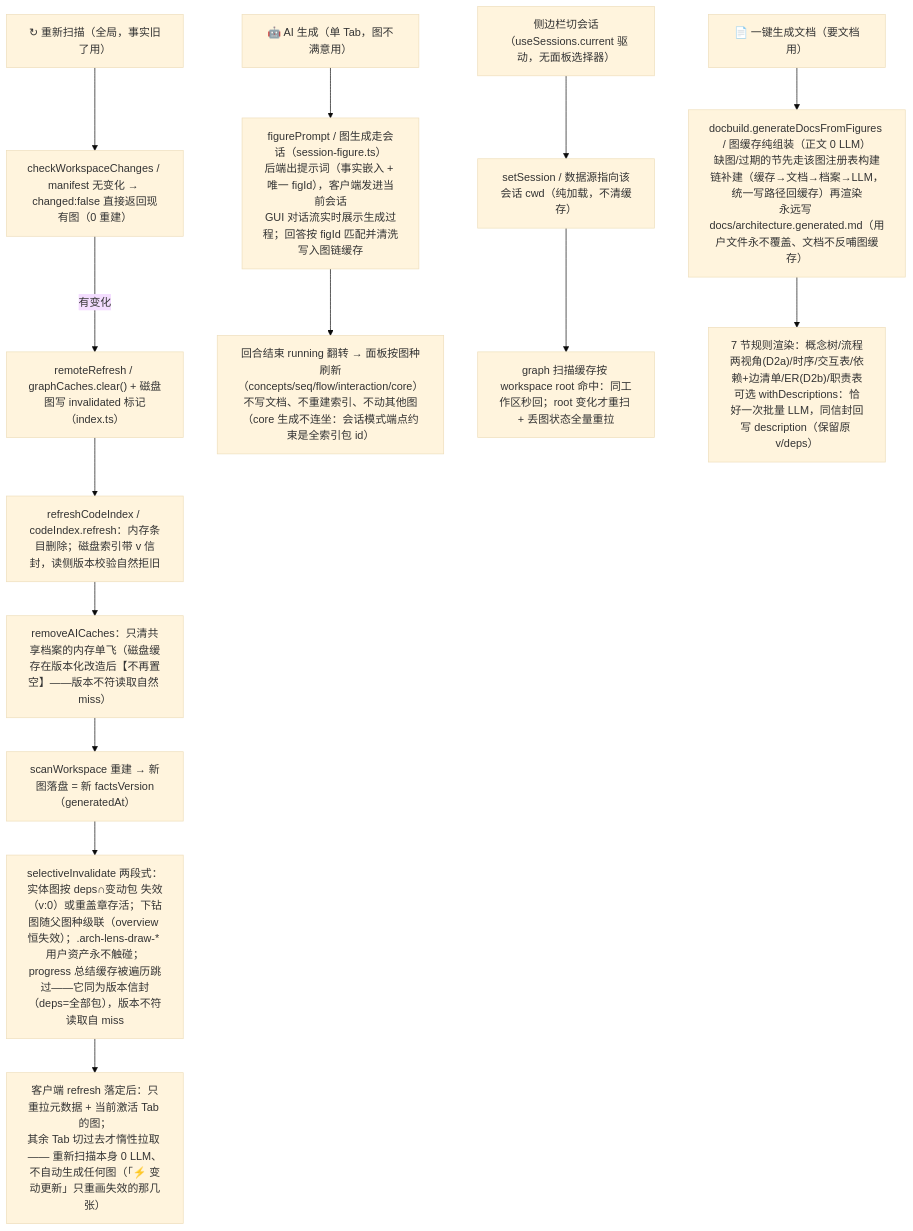
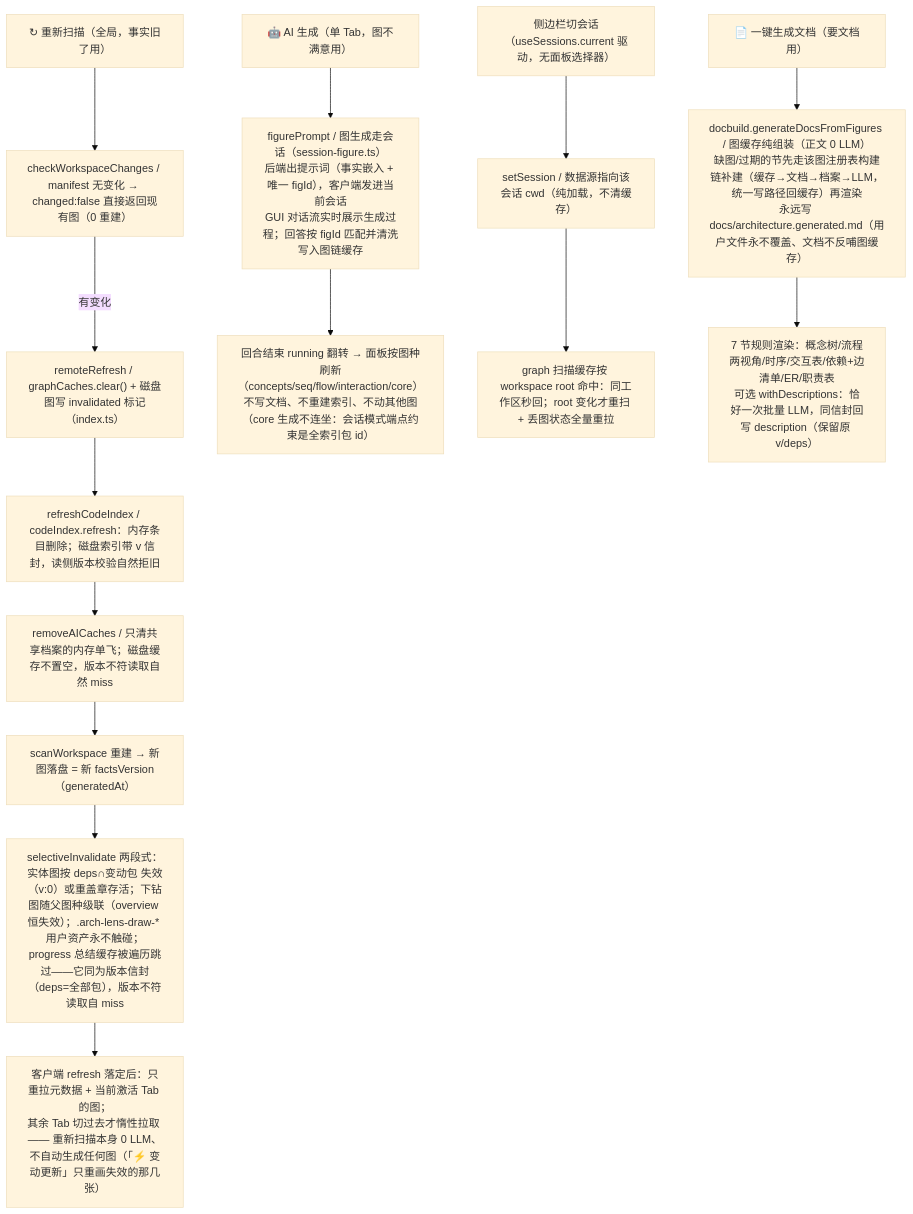
Before and after one commit to gwj001/arch-lens: the eighth of 13 diagrams in docs/arch-lens-diagrams.md, drawn with Mermaid (base theme). The commit also changed other lines of this file and 1 other file, not shown here.

Commit message:
docs: 两份机制文档改为纯现状叙事——删除全部重构阶段编号(D1-D8/阶段0-5)与今昔对比：机制10/图13/验证表只留现值(冷启动2次/7,373字符/有文档0次)，§十二整节移除(重复于机制4/5/10，独有事实『缺省角度=event』并入附件表)，已删UI备注/『历史上…』『旧版…』『与旧行为一致』等对比措辞清零；废弃面(仅存wire)作为现状事实保留表述。节点ID D1/D2/D3非阶段号不动

````diff
--- a/docs/arch-lens-diagrams.md
+++ b/docs/arch-lens-diagrams.md
@@ -394,16 +392,16 @@
 ```mermaid
 flowchart TD
     RESCAN["↻ 重新扫描（全局，事实旧了用）"] --> B0["checkWorkspaceChanges / manifest 无变化 → changed:false 直接返回现有图（0 重建）"]
     B0 -->|"有变化"| B1["remoteRefresh / graphCaches.clear() + 磁盘图写 invalidated 标记（index.ts）"]
     B1 --> B2["refreshCodeIndex / codeIndex.refresh：内存条目删除；磁盘索引带 v 信封，读侧版本校验自然拒旧"]
-    B2 --> B3["removeAICaches：只清共享档案的内存单飞（磁盘缓存在版本化改造后【不再置空】——版本不符读取自然 miss）"]
+    B2 --> B3["removeAICaches / 只清共享档案的内存单飞；磁盘缓存不置空，版本不符读取自然 miss"]
     B3 --> B4["scanWorkspace 重建 → 新图落盘 = 新 factsVersion（generatedAt）"]
     B4 --> B45["selectiveInvalidate 两段式：实体图按 deps∩变动包 失效（v:0）或重盖章存活；下钻图随父图种级联（overview 恒失效）；.arch-lens-draw-* 用户资产永不触碰；progress 总结缓存被遍历跳过——它同为版本信封（deps=全部包），版本不符读取自 miss"]
     B45 --> B5["客户端 refresh 落定后：只重拉元数据 + 当前激活 Tab 的图；<br/>其余 Tab 切过去才惰性拉取 —— 重新扫描本身 0 LLM、不自动生成任何图（「⚡ 变动更新」只重画失效的那几张）"]
     AIGEN["🤖 AI 生成（单 Tab，图不满意用）"] --> D1["figurePrompt / 图生成走会话（session-figure.ts）<br/>后端出提示词（事实嵌入 + 唯一 figId），客户端发进当前会话<br/>GUI 对话流实时展示生成过程；回答按 figId 匹配并清洗写入图链缓存"]
     D1 --> D2["回合结束 running 翻转 → 面板按图种刷新（concepts/seq/flow/interaction/core）<br/>不写文档、不重建索引、不动其他图（core 生成不连坐：会话模式端点约束是全索引包 id）"]
     FOLLOW["侧边栏切会话（useSessions.current 驱动，无面板选择器）"] --> E1["setSession / 数据源指向该会话 cwd（纯加载，不清缓存）"]
     E1 --> E2["graph 扫描缓存按 workspace root 命中：同工作区秒回；root 变化才重扫 + 丢图状态全量重拉"]
     DOCS["📄 一键生成文档（要文档用）"] --> G1["docbuild.generateDocsFromFigures / 图缓存纯组装（正文 0 LLM）<br/>缺图/过期的节先走该图注册表构建链补建（缓存→文档→档案→LLM，统一写路径回缓存）再渲染<br/>永远写 docs/architecture.generated.md（用户文件永不覆盖、文档不反哺图缓存）"]
-    G1 --> G2["7 节规则渲染：概念树/流程两视角(D2a)/时序/交互表/依赖+边清单/ER(D2b)/职责表<br/>可选 withDescriptions：恰好一次批量 LLM，同信封回写 description（保留原 v/deps）"]
+    G1 --> G2["7 节规则渲染：概念树/流程两视角/时序/交互表/依赖+边清单/ER/职责表<br/>可选 withDescriptions：恰好一次批量 LLM，同信封回写 description（保留原 v/deps）"]
 ```
````
